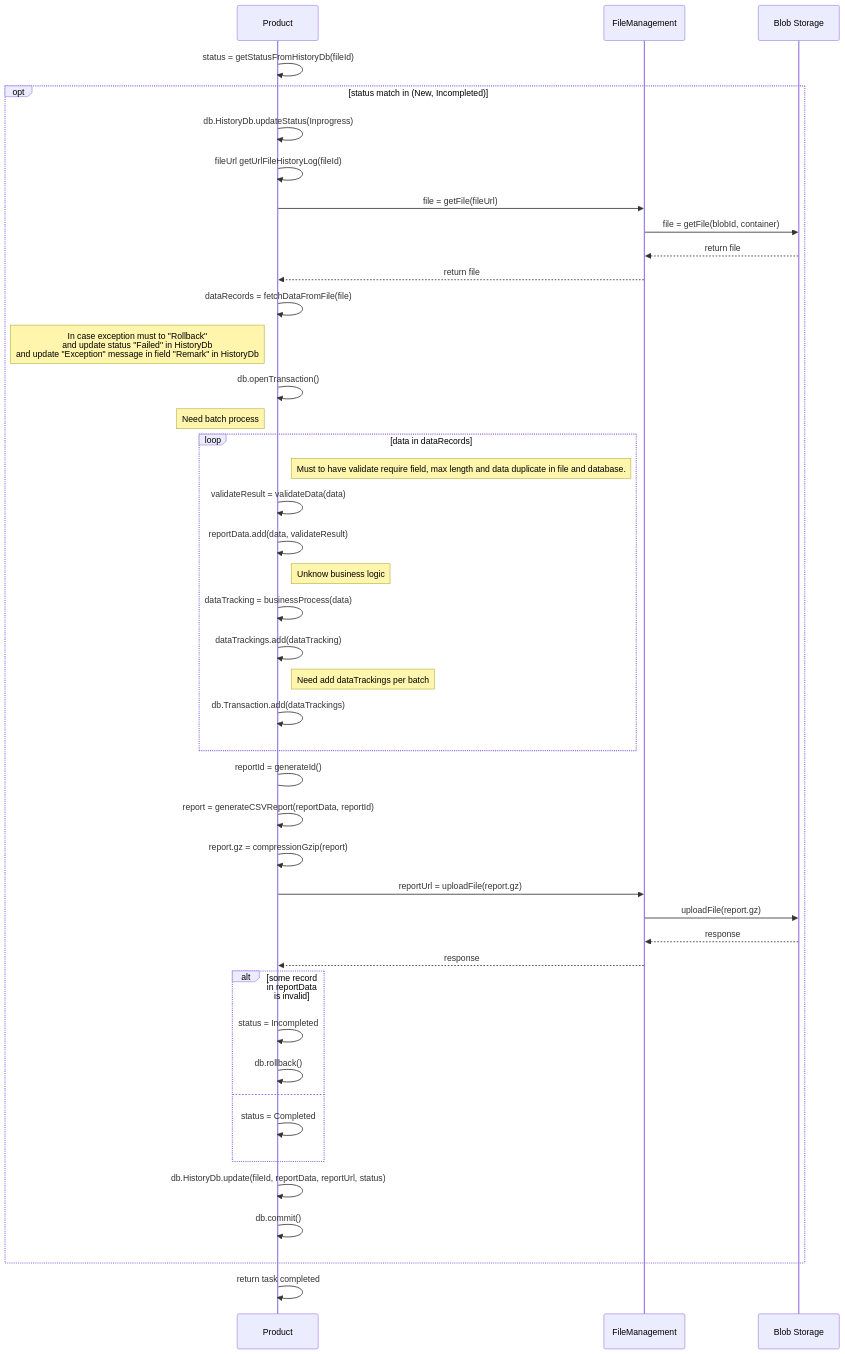
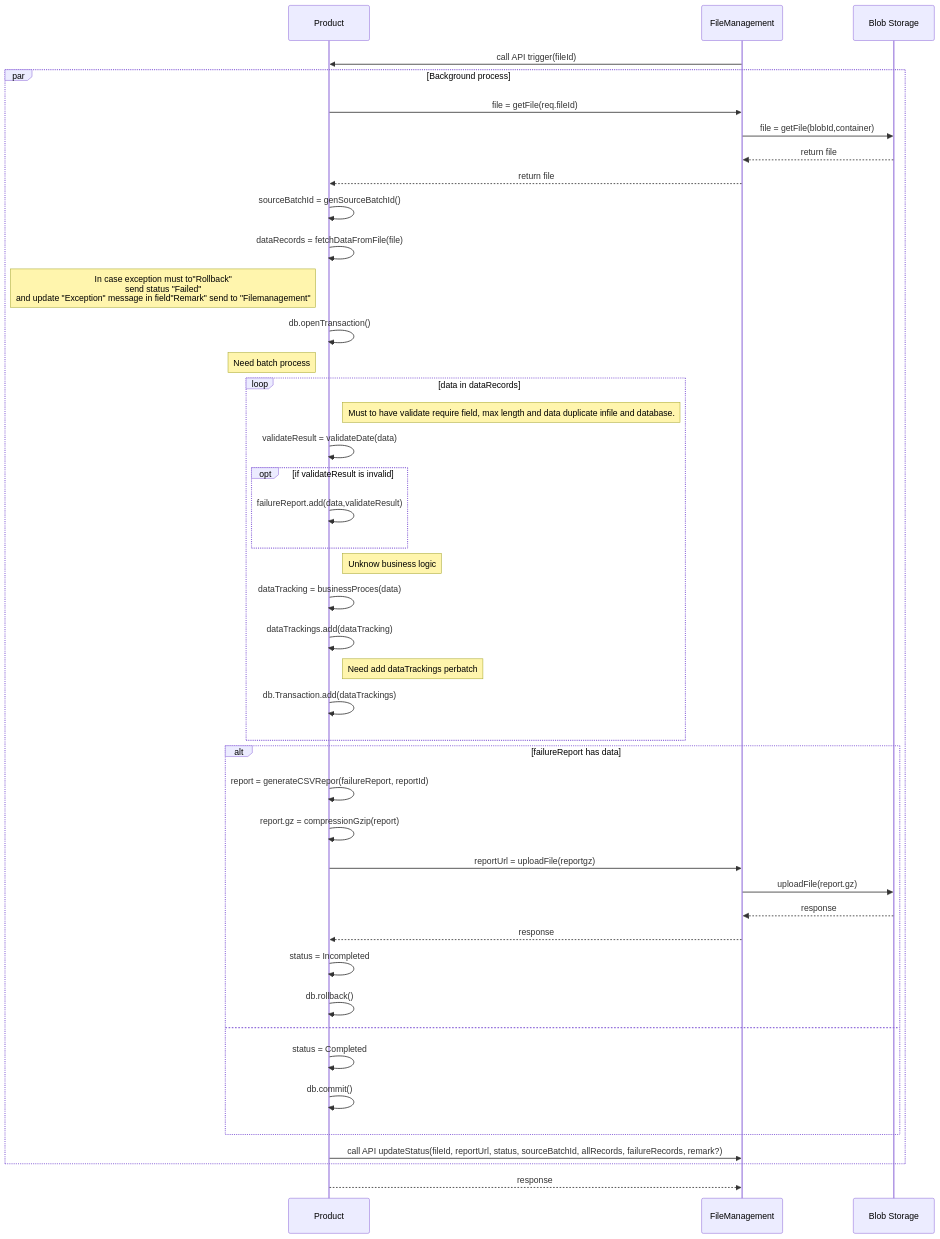
The diagram in SPC/CRL/Sequence/sequence-process.md (rosered11/org_document), drawn with Mermaid before and after one commit. The commit also changed 6 other files, not shown here.

````diff
--- a/SPC/CRL/Sequence/sequence-process.md
+++ b/SPC/CRL/Sequence/sequence-process.md
@@ -1,45 +1,45 @@
 ```mermaid
 sequenceDiagram
     participant Product
     participant FileManagement
     participant Blob Storage
-    Product->>Product: status = getStatusFromHistoryDb(fileId)
-    opt status match in (New, Incompleted)
-        Product->>Product: db.HistoryDb.updateStatus(Inprogress)
-        Product->>Product: fileUrl getUrlFileHistoryLog(fileId)
-        Product->>FileManagement: file = getFile(fileUrl)
-        FileManagement->>Blob Storage: file = getFile(blobId, container)
+    FileManagement->>Product: call API trigger(fileId)
+    par Background process
+        Product->>FileManagement: file = getFile(req.fileId)
+        FileManagement->>Blob Storage: file = getFile(blobId,container)
         Blob Storage-->>FileManagement: return file
         FileManagement-->>Product: return file
+        Product->>Product: sourceBatchId = genSourceBatchId()
         Product->>Product: dataRecords = fetchDataFromFile(file)
-        Note left of Product: In case exception must to "Rollback"<br/> and update status "Failed" in HistoryDb<br/> and update "Exception" message in field "Remark" in HistoryDb
+        Note left of Product: In case exception must to"Rollback"<br/> send status "Failed" <br/> and update "Exception" message in field"Remark" send to "Filemanagement"
         Product->>Product: db.openTransaction()
         Note left of Product: Need batch process
         loop data in dataRecords
-            Note right of Product: Must to have validate require field, max length and data duplicate in file and database.
-            Product->>Product: validateResult = validateData(data)
-            Product->>Product: reportData.add(data, validateResult)
+            Note right of Product: Must to have validate require field, max length and data duplicate infile and database.
+            Product->>Product: validateResult = validateDate(data)
+            opt if validateResult is invalid
+                Product->>Product: failureReport.add(data,validateResult)
+            end
             Note right of Product: Unknow business logic
-            Product->>Product: dataTracking = businessProcess(data)
+            Product->>Product: dataTracking = businessProces(data)
             Product->>Product: dataTrackings.add(dataTracking)
-            Note right of Product: Need add dataTrackings per batch
+            Note right of Product: Need add dataTrackings perbatch
             Product->>Product: db.Transaction.add(dataTrackings)
         end
-        Product->Product: reportId = generateId()
-        Product->>Product: report = generateCSVReport(reportData, reportId)
-        Product->>Product: report.gz = compressionGzip(report)
-        Product->>FileManagement: reportUrl = uploadFile(report.gz)
-        FileManagement->>Blob Storage: uploadFile(report.gz)
-        Blob Storage-->>FileManagement: response
-        FileManagement-->>Product: response
-        alt some record in reportData is invalid
+        alt failureReport has data
+            Product->>Product: report = generateCSVRepor(failureReport, reportId)
+            Product->>Product: report.gz = compressionGzip(report)
+            Product->>FileManagement: reportUrl = uploadFile(reportgz)
+            FileManagement->>Blob Storage: uploadFile(report.gz)
+            Blob Storage-->>FileManagement: response
+            FileManagement-->>Product: response
             Product->>Product: status = Incompleted
             Product->>Product: db.rollback()
         else
             Product->>Product: status = Completed
+            Product->>Product: db.commit()
         end
-        Product->>Product: db.HistoryDb.update(fileId, reportData, reportUrl, status)
-        Product->>Product: db.commit()
+        Product->>FileManagement: call API updateStatus(fileId, reportUrl, status, sourceBatchId, allRecords, failureRecords, remark?)
     end
-    Product->>Product: return task completed
+    Product-->>FileManagement: response
 ```
````
